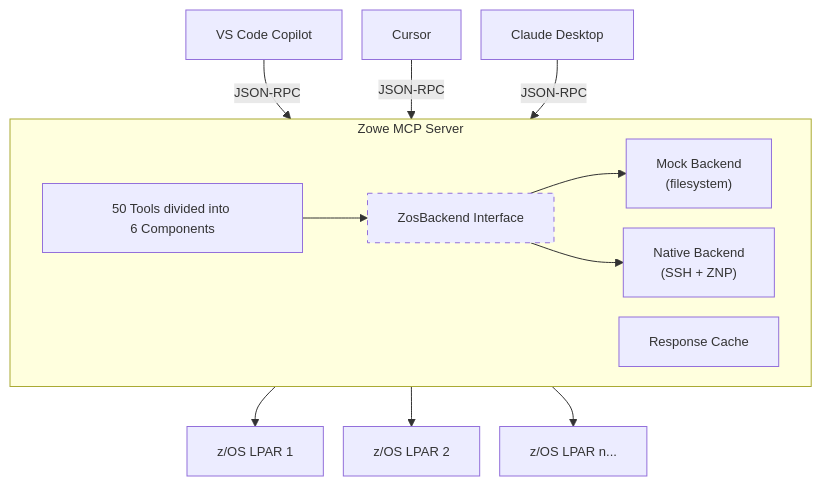
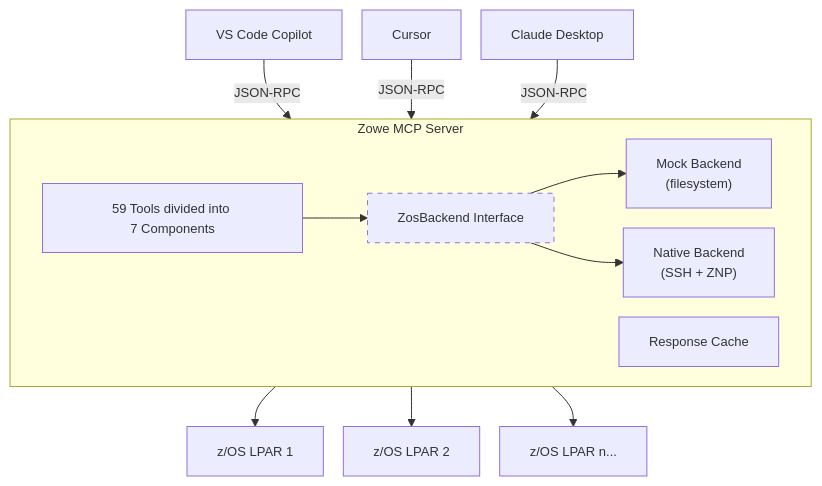
One commit to zowe/zowe-mcp changed the first of 2 diagrams in presentations/zowe-mcp/slides.md. Above: the diagram before and after it, drawn with Mermaid. The commit also changed other lines of this file and 1 other file, not shown here.

````diff
--- a/presentations/zowe-mcp/slides.md
+++ b/presentations/zowe-mcp/slides.md
@@ -196,30 +198,30 @@
 ```mermaid {scale: 0.8}
 ---
 config:
   flowchart:
     nodeSpacing: 20
     rankSpacing: 40
   themeVariables:
     fontSize: 13px
 ---
 flowchart TD
   Copilot["VS Code Copilot"] & CursorAI["Cursor"] & Claude["Claude Desktop"]
   Copilot & CursorAI & Claude -->|"JSON-RPC"| Server
 
   subgraph Server ["Zowe MCP Server"]
     direction LR
-    Tools["50 Tools divided into 6&nbsp;Components"]
+    Tools["59 Tools divided into 7&nbsp;Components"]
     Cache["Response Cache"]
     Tools --> ZosBackendInterface
     ZosBackendInterface["ZosBackend Interface"]
     ZosBackendInterface --> Mock["Mock Backend<br/>(filesystem)"]
     ZosBackendInterface --> Native["Native Backend<br/>(SSH + ZNP)"]
   end
 
   classDef dottedStyle stroke-dasharray: 5 5
   class ZosBackendInterface dottedStyle
 
   Native --> zOS1["z/OS LPAR 1"]
   Native --> zOS2["z/OS LPAR 2"]
   Native --> zOS3["z/OS LPAR n..."]
 ```
````
